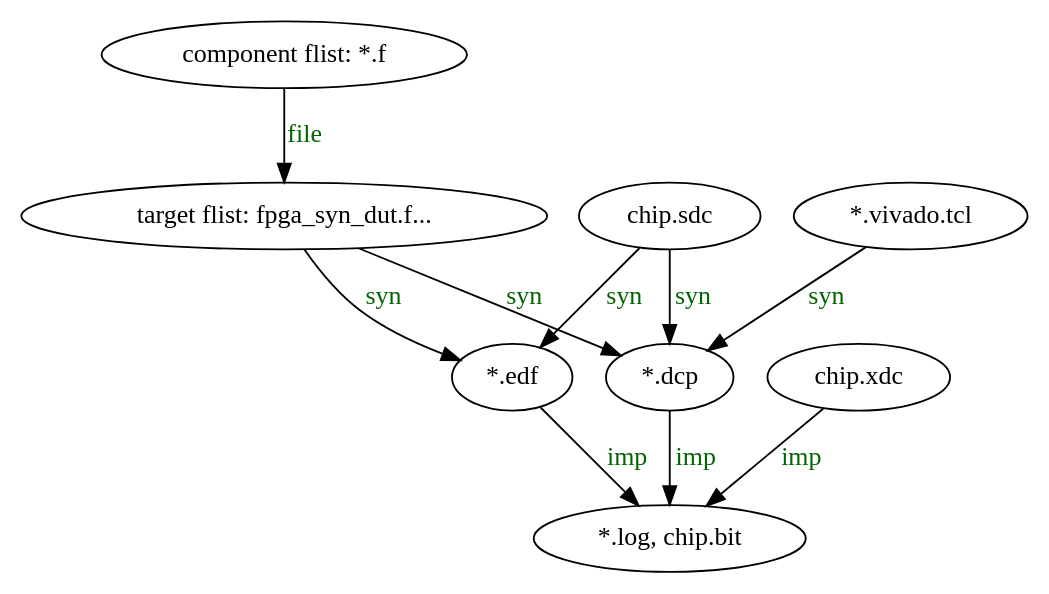
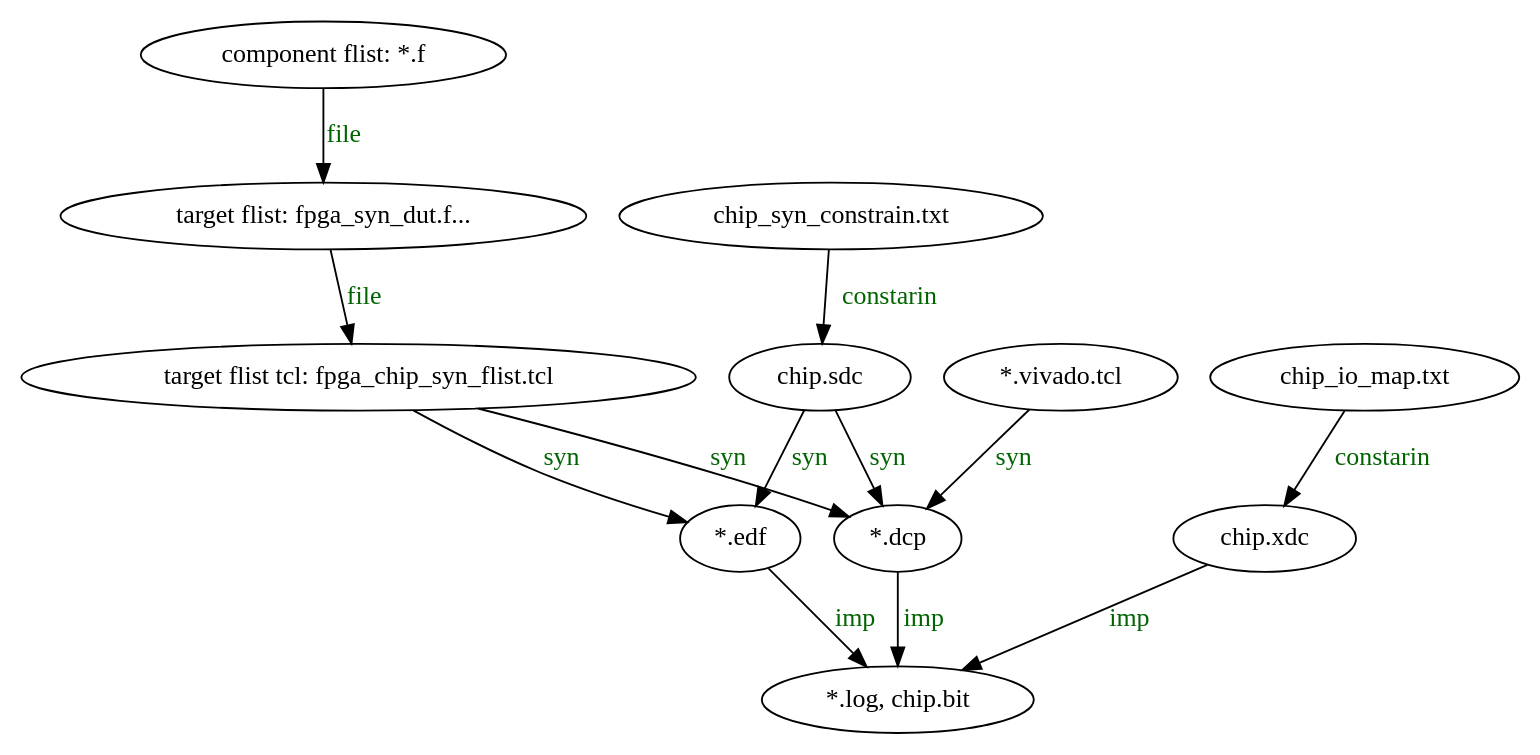
One commit to KingFrige/SoC-Gulp changed the diagram in picture/fpga-sulp.dot. Above: the diagram before and after it, drawn with Graphviz. The commit also changed 3 other files, not shown here.

```diff
--- a/picture/fpga-sulp.dot
+++ b/picture/fpga-sulp.dot
@@ -1,20 +1,26 @@
 digraph pic1 {
   RTLFlistSrc [label = "component flist: *.f"]
   RTLFlistTarget [label = "target flist: fpga_syn_dut.f..."]
+  synFlistTcl [label = "target flist tcl: fpga_chip_syn_flist.tcl"]
   IPTclList  [label = "*.vivado.tcl"]
   edfList [label = "*.edf"]
   dcpList [label = "*.dcp"]
+  sdcConfigFile [label = "chip_syn_constrain.txt"]
   sdcFile [label = "chip.sdc"]
+  xdcConfigFile [label = "chip_io_map.txt"]
   xdcFile [label = "chip.xdc"]
   result  [label = "*.log, chip.bit"]
 
   RTLFlistSrc    -> RTLFlistTarget [label="file", fontcolor=darkgreen]
-  sdcFile        -> edfList [label="syn", fontcolor=darkgreen]
-  RTLFlistTarget -> edfList [label="syn", fontcolor=darkgreen]
-  IPTclList      -> dcpList  [label="syn", fontcolor=darkgreen]
-  sdcFile        -> dcpList [label="syn", fontcolor=darkgreen]
-  RTLFlistTarget -> dcpList [label="syn", fontcolor=darkgreen]
-  edfList -> result [label="imp", fontcolor=darkgreen]
-  dcpList -> result [label="imp", fontcolor=darkgreen]
-  xdcFile -> result [label="imp", fontcolor=darkgreen]
+  RTLFlistTarget -> synFlistTcl    [label="file", fontcolor=darkgreen]
+  synFlistTcl    -> edfList        [label="syn", fontcolor=darkgreen]
+  IPTclList      -> dcpList        [label="syn", fontcolor=darkgreen]
+  sdcFile        -> edfList        [label="syn", fontcolor=darkgreen]
+  sdcFile        -> dcpList        [label="syn", fontcolor=darkgreen]
+  sdcConfigFile  -> sdcFile        [label="constarin", fontcolor=darkgreen]
+  synFlistTcl    -> dcpList        [label="syn", fontcolor=darkgreen]
+  edfList        -> result         [label="imp", fontcolor=darkgreen]
+  dcpList        -> result         [label="imp", fontcolor=darkgreen]
+  xdcConfigFile  -> xdcFile        [label="constarin", fontcolor=darkgreen]
+  xdcFile        -> result         [label="imp", fontcolor=darkgreen]
 }
```
